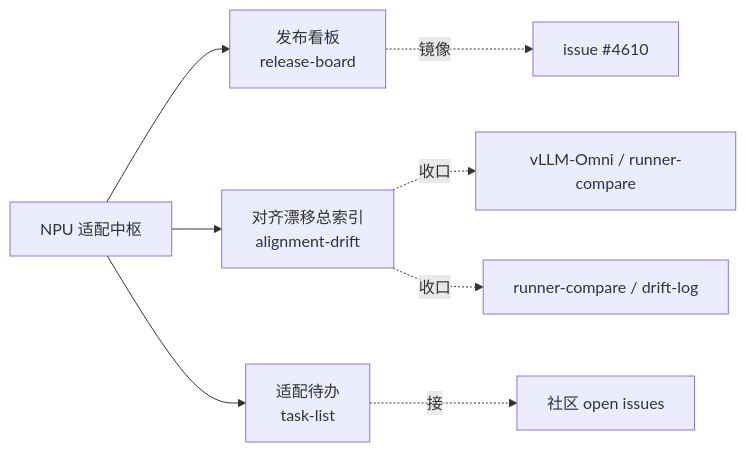
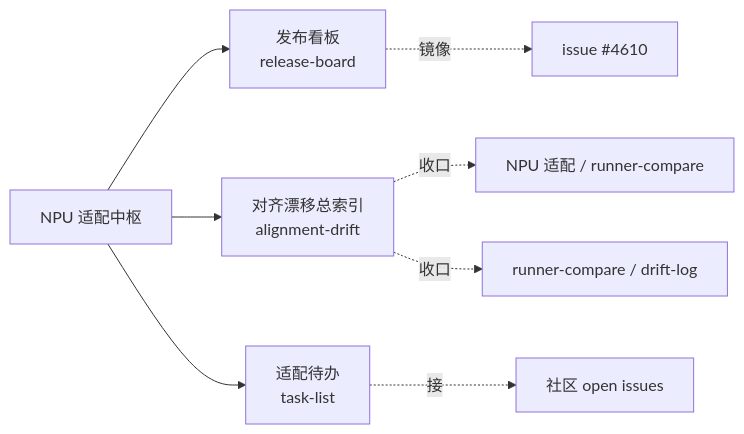
Before and after one commit to FayeSpica/learn-omni: the diagram in docs/npu-adaptation/index.md, drawn with Mermaid. The commit also changed other lines of this file and 9 other files, not shown here.

First line of the commit message:
将 runner-compare 差异比对模块从 vLLM-Omni 迁移至 NPU 适配板块

````diff
--- a/docs/npu-adaptation/index.md
+++ b/docs/npu-adaptation/index.md
@@ -17,11 +17,11 @@
 ```mermaid
 flowchart LR
   ROOT["NPU 适配中枢"]
   ROOT --> RB["发布看板<br/>release-board"]
   ROOT --> AD["对齐漂移总索引<br/>alignment-drift"]
   ROOT --> TL["适配待办<br/>task-list"]
   RB -.镜像.-> I4610["issue #4610"]
-  AD -.收口.-> RC["vLLM-Omni / runner-compare"]
+  AD -.收口.-> RC["NPU 适配 / runner-compare"]
   AD -.收口.-> DL["runner-compare / drift-log"]
   TL -.接.-> ISS["社区 open issues"]
 ```
````
